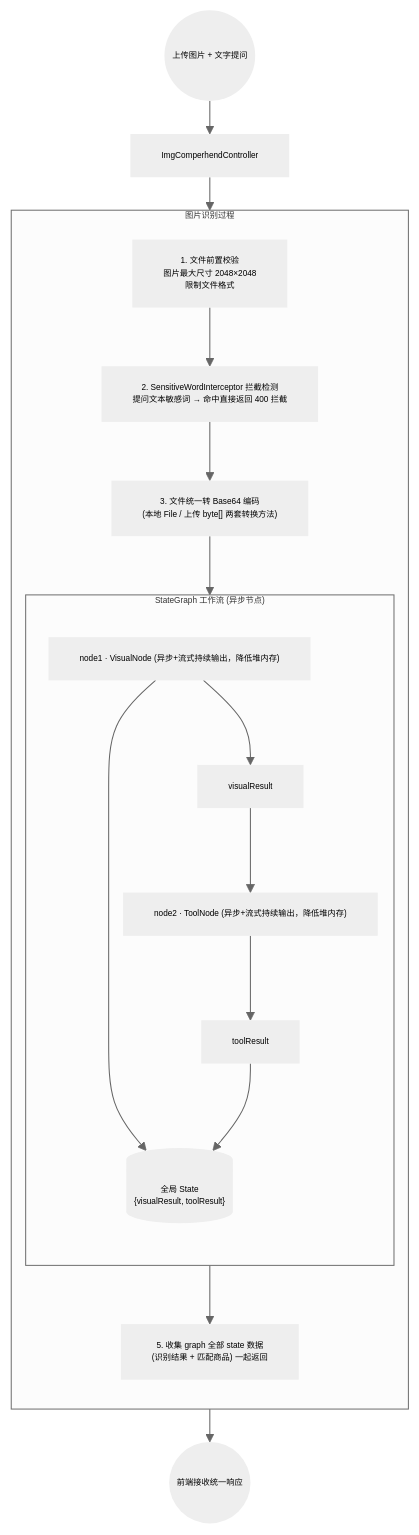
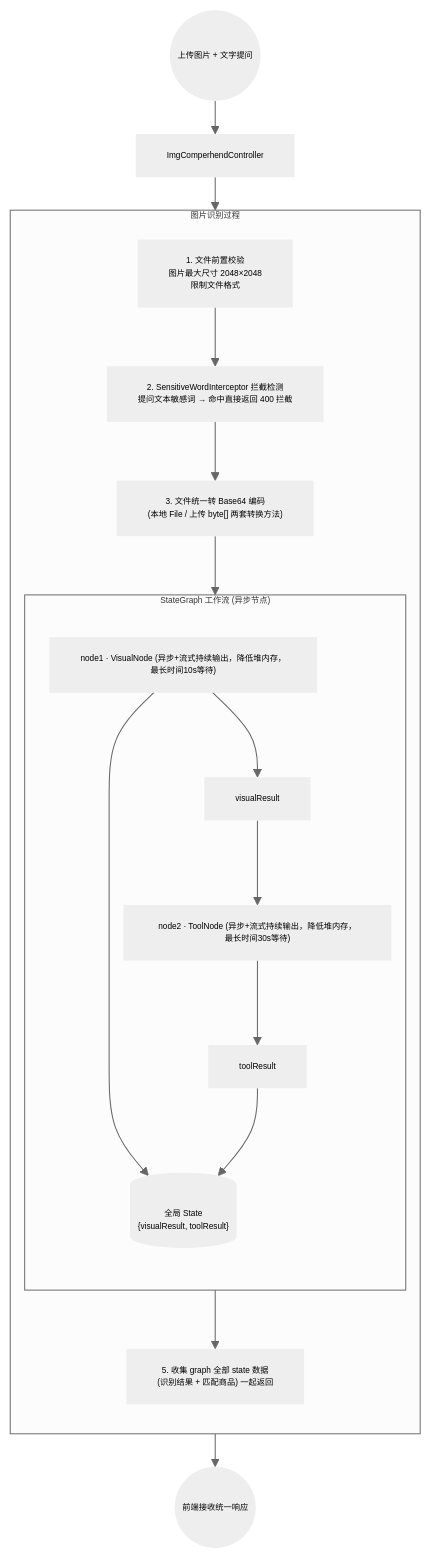
Before and after one commit to 1reaikeyi/flowerpayment-ai: the fifth of 6 diagrams in README.md, drawn with Mermaid. The commit also changed 17 other files, not shown here.

````diff
--- a/README.md
+++ b/README.md
@@ -364,32 +364,32 @@
 ```mermaid
 %%{init: {'theme':'neutral','themeVariables':{'fontSize':'8px','nodeBorder':'2px'},'flowchart':{'nodeSpacing':8,'rankSpacing':32,'useMaxWidth':false,'curve':'basis'}}}%%
 flowchart TD
     Start(("上传图片 + 文字提问"))
     C["ImgComperhendController"]
 
     subgraph CHAIN ["图片识别过程"]
         direction TB
         S1["1. 文件前置校验<br/>图片最大尺寸 2048×2048<br/>限制文件格式"]
         S2["2. SensitiveWordInterceptor 拦截检测<br/>提问文本敏感词 → 命中直接返回 400 拦截"]
         S3["3. 文件统一转 Base64 编码<br/>(本地 File / 上传 byte[] 两套转换方法)"]
 
         subgraph GRAPH ["StateGraph 工作流 (异步节点)"]
             direction TB
-            node1["node1 · VisualNode (异步+流式持续输出，降低堆内存)<br/>"]
+            node1["node1 · VisualNode (异步+流式持续输出，降低堆内存，最长时间10s等待)<br/>"]
             visualResult["visualResult"]
-            node2["node2 · ToolNode (异步+流式持续输出，降低堆内存)<br/>"]
+            node2["node2 · ToolNode (异步+流式持续输出，降低堆内存，最长时间30s等待)<br/>"]
             toolResult["toolResult"]
             ST[("全局 State<br/>{visualResult, toolResult}")]
         end
 
         S5["5. 收集 graph 全部 state 数据<br/>(识别结果 + 匹配商品) 一起返回"]
     end
 
     End(("前端接收统一响应"))
 
     Start --> C --> S1 --> S2 --> S3
     S3 --> node1 --> ST
     node1 --> visualResult --> node2
     node2 --> toolResult -->ST
     ST --> S5 --> End
 ```
````
